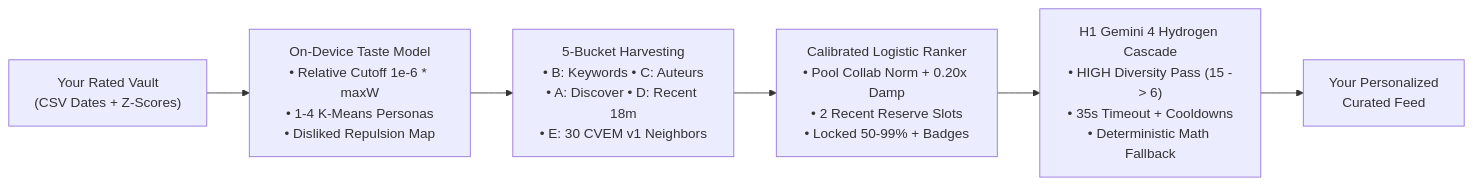
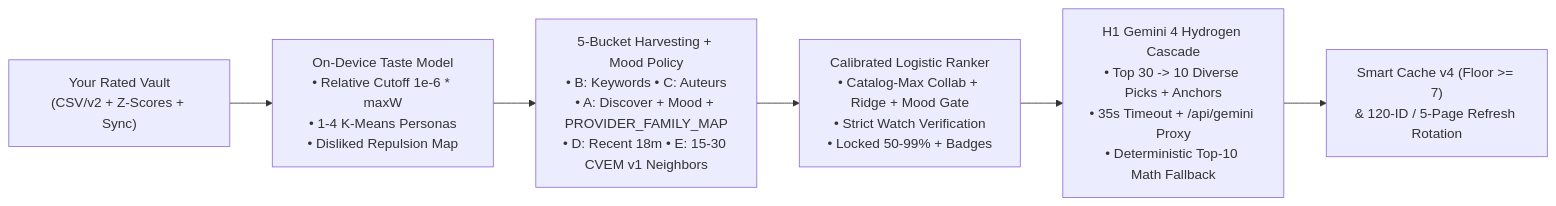
One commit to khuzaima175/React-Movie-Original changed the diagram in summary.md. Above: the diagram before and after it, drawn with Mermaid. The commit also changed other lines of this file and 68 other files, not shown here.

Commit message:
feat(ml,api,ranker): catalog-max normalization, persona mixture, ridge fold-in, /api/tmdb-batch, and docs sync

````diff
--- a/summary.md
+++ b/summary.md
@@ -197,8 +223,8 @@
 ```mermaid
 flowchart LR
-    A["Your Rated Vault\n(CSV Dates + Z-Scores)"] --> B["On-Device Taste Model\n• Relative Cutoff 1e-6 * maxW\n• 1-4 K-Means Personas\n• Disliked Repulsion Map"]
-    B --> C["5-Bucket Harvesting\n• B: Keywords • C: Auteurs\n• A: Discover • D: Recent 18m\n• E: 30 CVEM v1 Neighbors"]
-    C --> D["Calibrated Logistic Ranker\n• Pool Collab Norm + 0.20x Damp\n• 2 Recent Reserve Slots\n• Locked 50-99% + Badges"]
-    D --> E["H1 Gemini 4 Hydrogen Cascade\n• HIGH Diversity Pass (15 -> 6)\n• 35s Timeout + Cooldowns\n• Deterministic Math Fallback"]
-    E --> F["Your Personalized\nCurated Feed"]
+    A["Your Rated Vault\n(CSV/v2 + Z-Scores + Sync)"] --> B["On-Device Taste Model\n• Relative Cutoff 1e-6 * maxW\n• 1-4 K-Means Personas\n• Disliked Repulsion Map"]
+    B --> C["5-Bucket Harvesting + Mood Policy\n• B: Keywords • C: Auteurs\n• A: Discover + Mood + PROVIDER_FAMILY_MAP\n• D: Recent 18m • E: 15-30 CVEM v1 Neighbors"]
+    C --> D["Calibrated Logistic Ranker\n• Catalog-Max Collab + Ridge + Mood Gate\n• Strict Watch Verification\n• Locked 50-99% + Badges"]
+    D --> E["H1 Gemini 4 Hydrogen Cascade\n• Top 30 -> 10 Diverse Picks + Anchors\n• 35s Timeout + /api/gemini Proxy\n• Deterministic Top-10 Math Fallback"]
+    E --> F["Smart Cache v4 (Floor >= 7)\n& 120-ID / 5-Page Refresh Rotation"]
 ```
````
